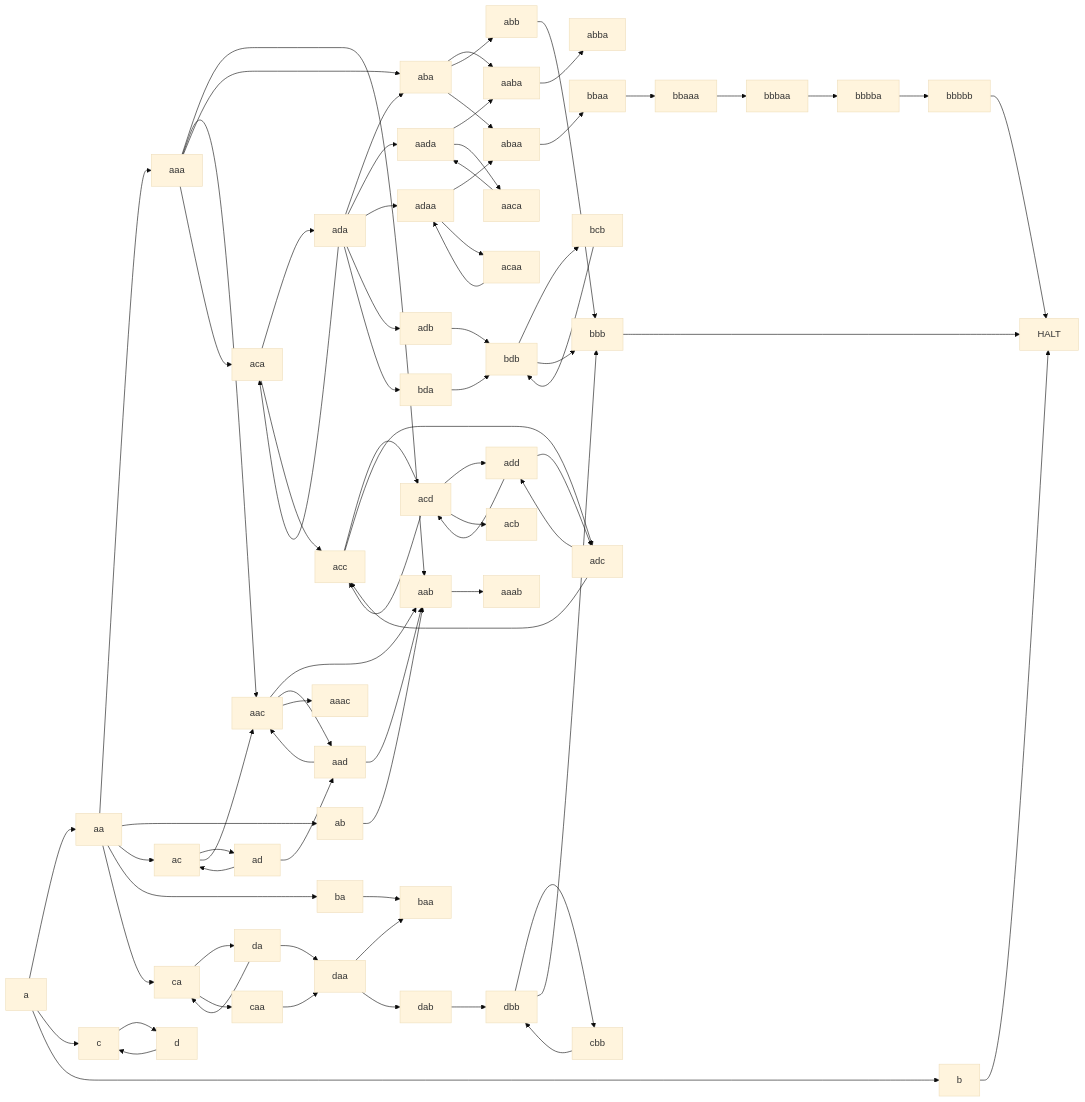
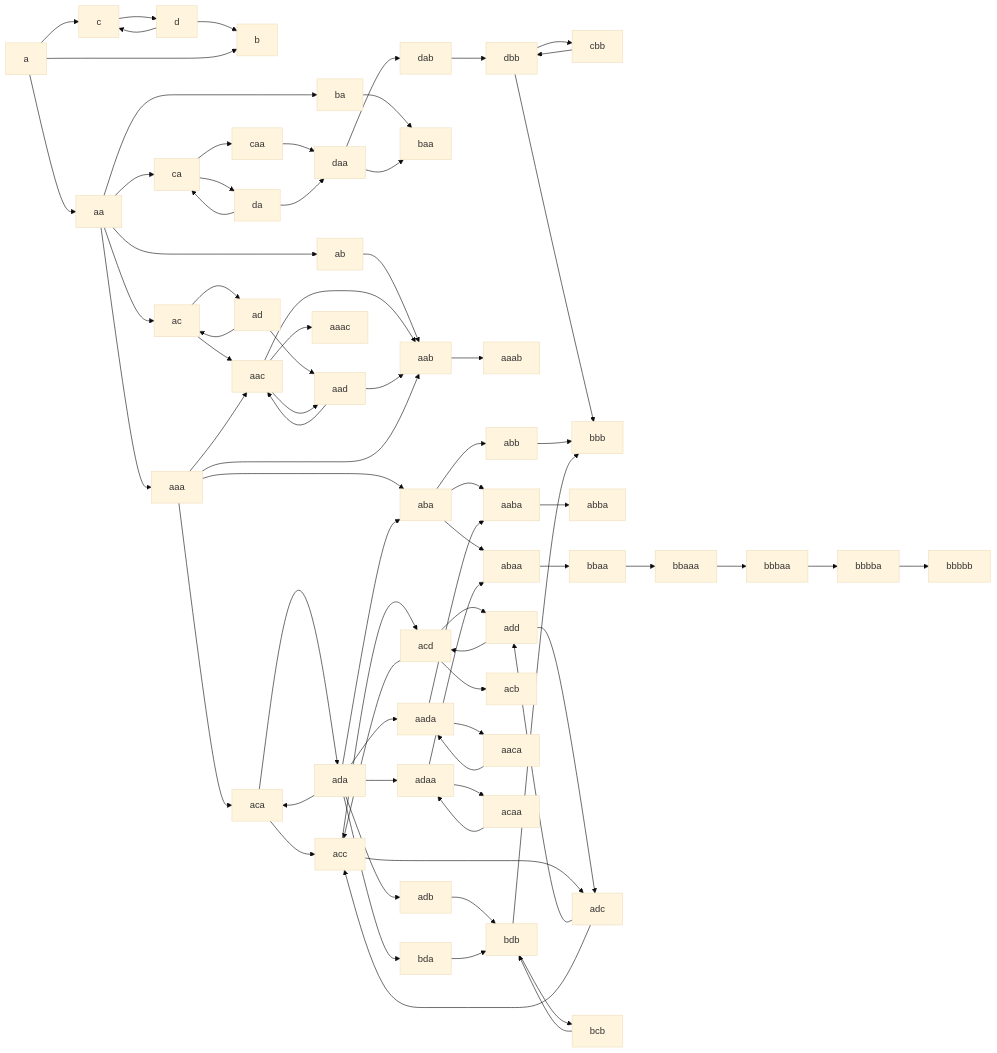
Before and after one commit to dragoncoder047/thuepaste: the fourth of 4 diagrams in README.md, drawn with Mermaid (base theme). The commit also changed other lines of this file, not shown here.

Commit message:
gaaaaaaaaaaaah

````diff
--- a/README.md
+++ b/README.md
@@ -93,27 +93,28 @@
 ```mermaid
 flowchart LR
     a --> aa --> aaa
     a --> c --> d --> c
-    a --> b --> HALT
+    d --> b
+    a --> b
     aa --> ab --> aab
     aa --> ac --> ad --> ac --> aac --> aab
     ad --> aad --> aab
     aa --> ba --> baa
     aa --> ca --> da --> ca --> caa --> daa --> baa
     da --> daa --> dab --> dbb --> cbb --> dbb --> bbb
     aaa --> aab --> aaab
     aaa --> aac --> aad --> aac --> aaac
     aaa --> aba --> aaba --> abba
-    aba --> abb --> bbb --> HALT
-    aba --> abaa --> bbaa --> bbaaa --> bbbaa --> bbbba --> bbbbb --> HALT
+    aba --> abb --> bbb
+    aba --> abaa --> bbaa --> bbaaa --> bbbaa --> bbbba --> bbbbb
     aaa --> aca --> ada --> aca --> acc --> acd --> add --> adc --> add --> acd --> acc
     ada --> aba
     acd --> acb
     aada --> aaba
     adaa --> abaa
     acc --> adc --> acc
     ada --> aada --> aaca --> aada
     ada --> adaa --> acaa --> adaa
     ada --> adb --> bdb --> bcb --> bdb --> bbb
     ada --> bda --> bdb
 ```
````
